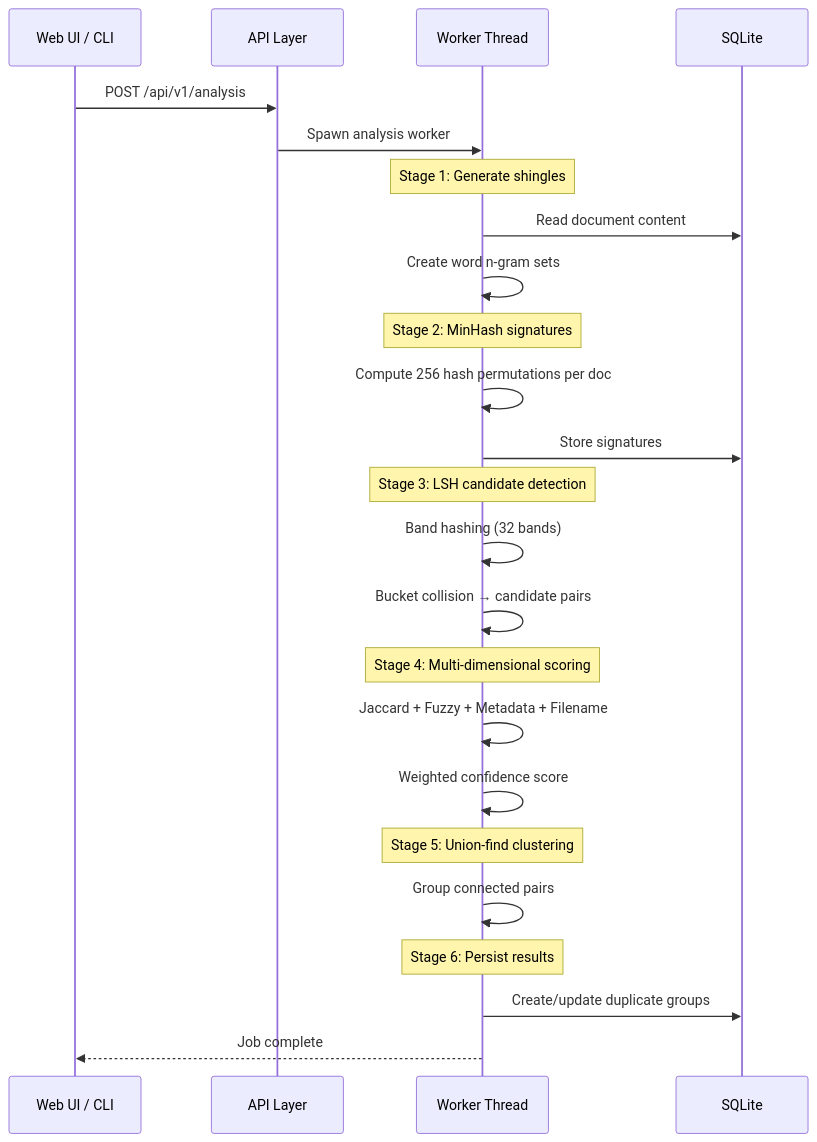
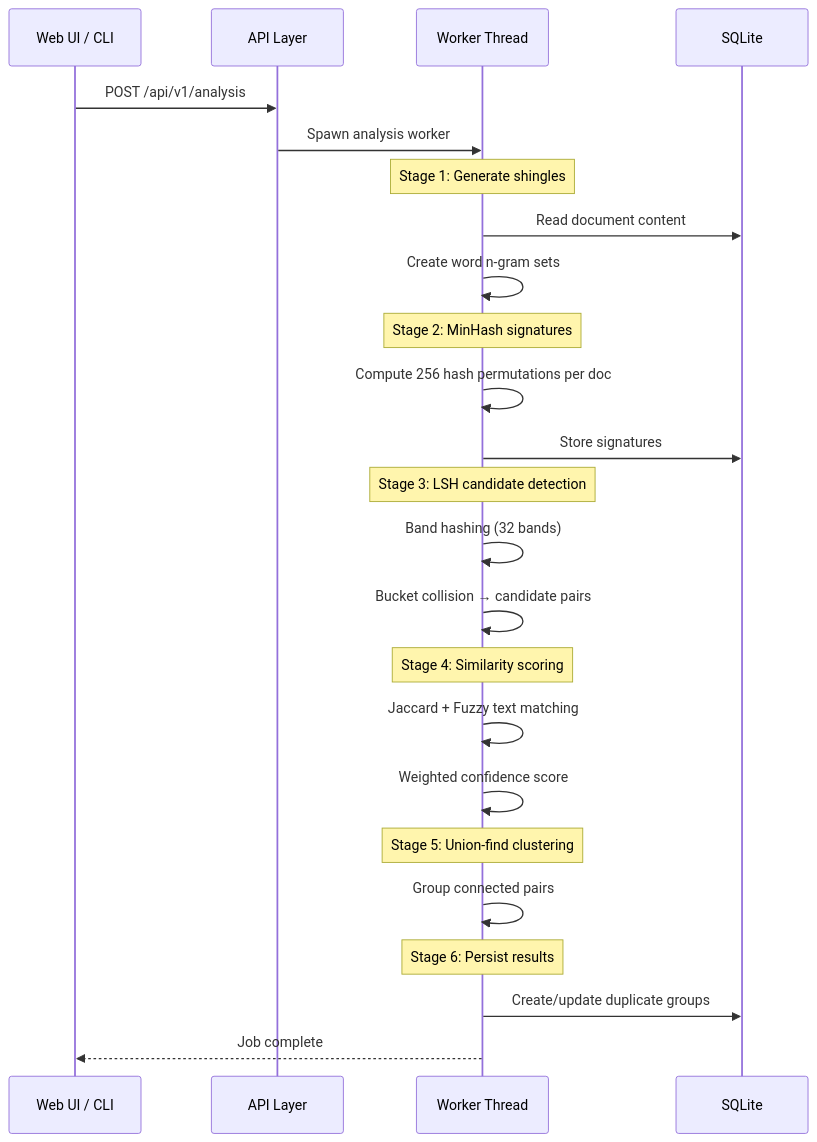
Before and after one commit to rknightion/paperless-ngx-dedupe: the third of 5 diagrams in docs/architecture.md, drawn with Mermaid. The commit also changed other lines of this file and 6 other files, not shown here.

````diff
--- a/docs/architecture.md
+++ b/docs/architecture.md
@@ -124,33 +124,33 @@
 ```mermaid
 sequenceDiagram
     participant UI as Web UI / CLI
     participant API as API Layer
     participant W as Worker Thread
     participant DB as SQLite
 
     UI->>API: POST /api/v1/analysis
     API->>W: Spawn analysis worker
 
     Note over W: Stage 1: Generate shingles
     W->>DB: Read document content
     W->>W: Create word n-gram sets
 
     Note over W: Stage 2: MinHash signatures
     W->>W: Compute 256 hash permutations per doc
     W->>DB: Store signatures
 
     Note over W: Stage 3: LSH candidate detection
     W->>W: Band hashing (32 bands)
     W->>W: Bucket collision → candidate pairs
 
-    Note over W: Stage 4: Multi-dimensional scoring
-    W->>W: Jaccard + Fuzzy + Metadata + Filename
+    Note over W: Stage 4: Similarity scoring
+    W->>W: Jaccard + Fuzzy text matching
     W->>W: Weighted confidence score
 
     Note over W: Stage 5: Union-find clustering
     W->>W: Group connected pairs
 
     Note over W: Stage 6: Persist results
     W->>DB: Create/update duplicate groups
     W-->>UI: Job complete
 ```
````
